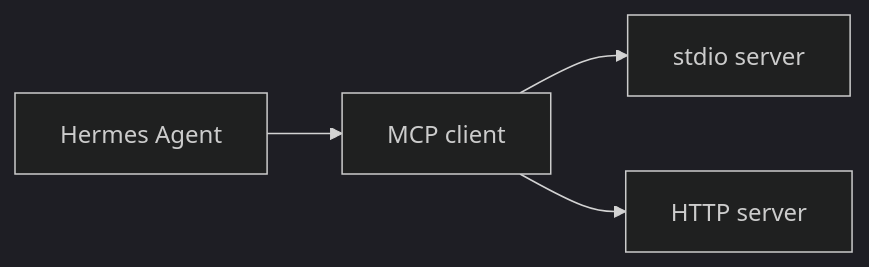
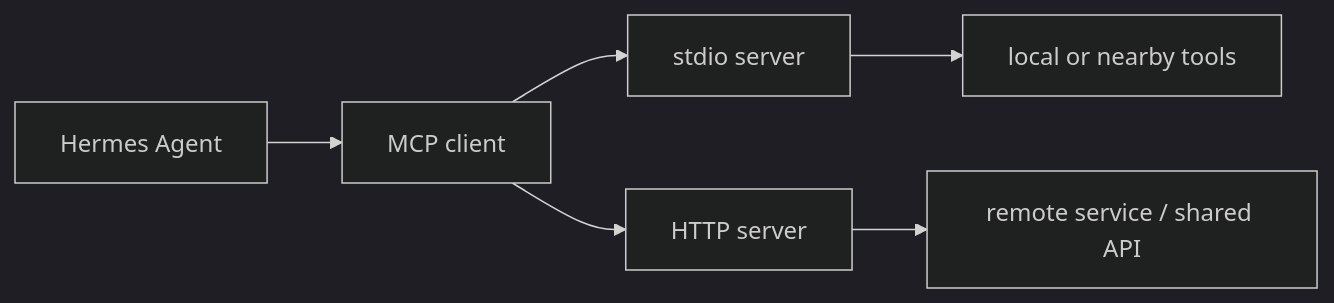
The fourth of 7 diagrams in books/hermes-agent-practical/figures-final.md (goura32/techbook), drawn with Mermaid (dark theme) before and after one commit. The commit also changed other lines of this file and 29 other files, not shown here.

````diff
--- a/books/hermes-agent-practical/figures-final.md
+++ b/books/hermes-agent-practical/figures-final.md
@@ -45,6 +102,8 @@
 ```mermaid
 flowchart LR
   A["Hermes Agent"] --> B["MCP client"]
   B --> C["stdio server"]
   B --> D["HTTP server"]
+  C --> E["local or nearby tools"]
+  D --> F["remote service / shared API"]
 ```
````
